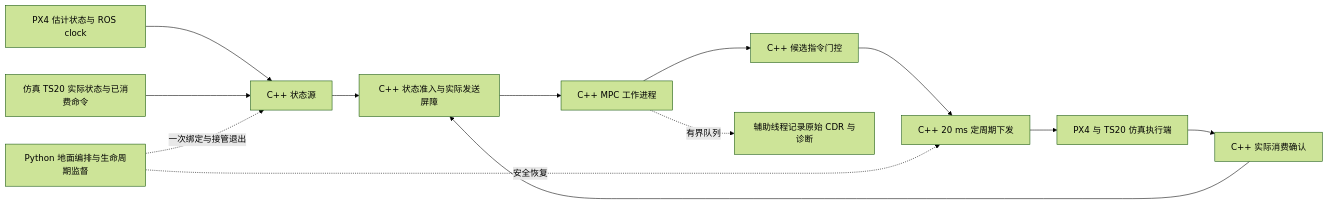
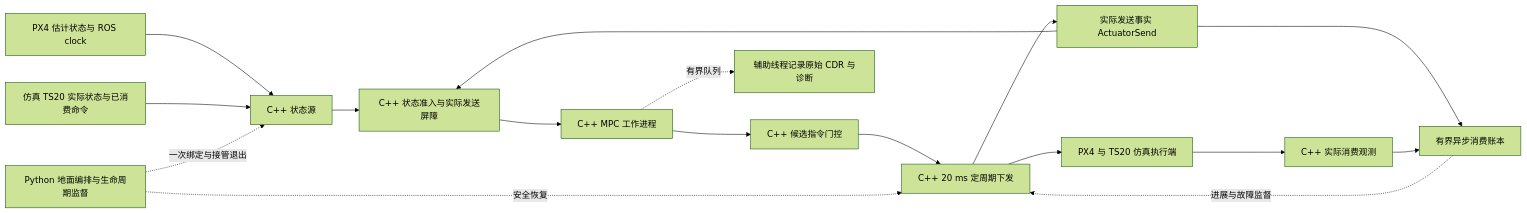
Before and after one commit to zgy-web/x650_ADRC_zgy: the diagram in docs/X650_CPP_PIPELINE.md, drawn with Mermaid (forest theme). The commit also changed other lines of this file and 52 other files, not shown here.

````diff
--- a/docs/X650_CPP_PIPELINE.md
+++ b/docs/X650_CPP_PIPELINE.md
@@ -9,15 +9,19 @@
 ```mermaid
 flowchart LR
   PX[PX4 估计状态与 ROS clock] --> S[C++ 状态源]
   TS[仿真 TS20 实际状态与已消费命令] --> S
   S --> I[C++ 状态准入与实际发送屏障]
   I --> M[C++ MPC 工作进程]
   M --> G[C++ 候选指令门控]
   G --> D[C++ 20 ms 定周期下发]
   D --> P[PX4 与 TS20 仿真执行端]
-  P --> C[C++ 实际消费确认]
-  C --> I
+  D --> A[实际发送事实 ActuatorSend]
+  A --> I
+  A --> B[有界异步消费账本]
+  P --> C[C++ 实际消费观测]
+  C --> B
+  B -.进展与故障监督.-> D
   M -.有界队列.-> R[辅助线程记录原始 CDR 与诊断]
   L[Python 地面编排与生命周期监督] -.一次绑定与接管退出.-> S
   L -.安全恢复.-> D
 ```
````
